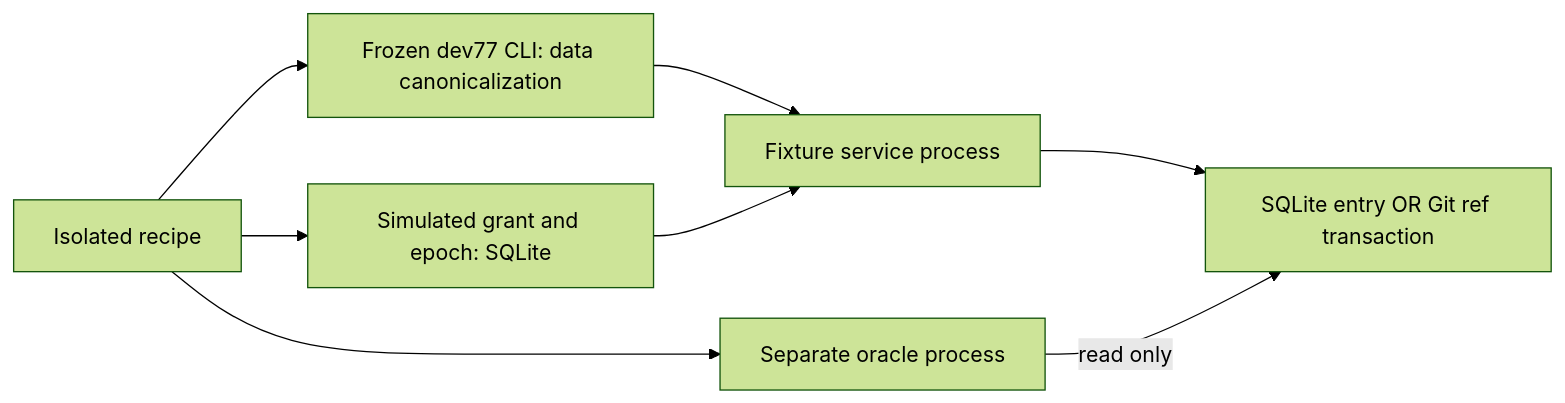
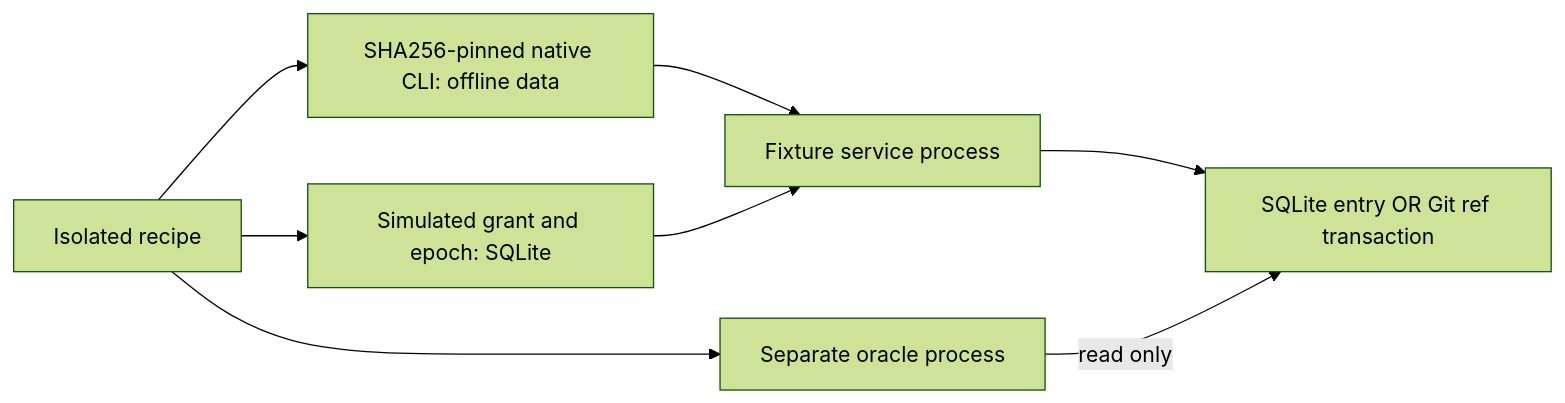
One commit to mo0ogly/swarm changed the diagram in docs/en/plans/actions-confiance/paea/OPERATIONAL-PILOT.md. Above: the diagram before and after it, drawn with Mermaid (forest theme). The commit also changed other lines of this file and 46 other files, not shown here.

````diff
--- a/docs/en/plans/actions-confiance/paea/OPERATIONAL-PILOT.md
+++ b/docs/en/plans/actions-confiance/paea/OPERATIONAL-PILOT.md
@@ -49,10 +49,10 @@
 ```mermaid
 flowchart LR
-  T[Isolated recipe] --> C[Frozen dev77 CLI: data canonicalization]
+  T[Isolated recipe] --> C[SHA256-pinned native CLI: offline data]
   T --> A[Simulated grant and epoch: SQLite]
   C --> S[Fixture service process]
   A --> S
   S --> P[SQLite entry OR Git ref transaction]
   O[Separate oracle process] -->|read only| P
   T --> O
 ```
````
